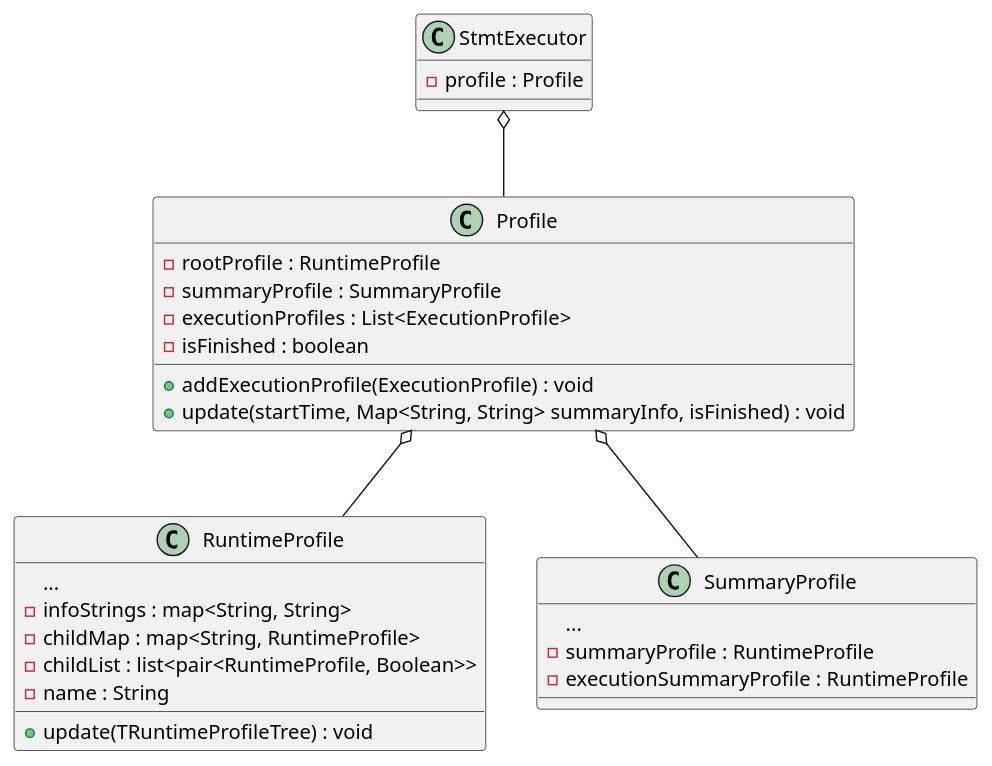
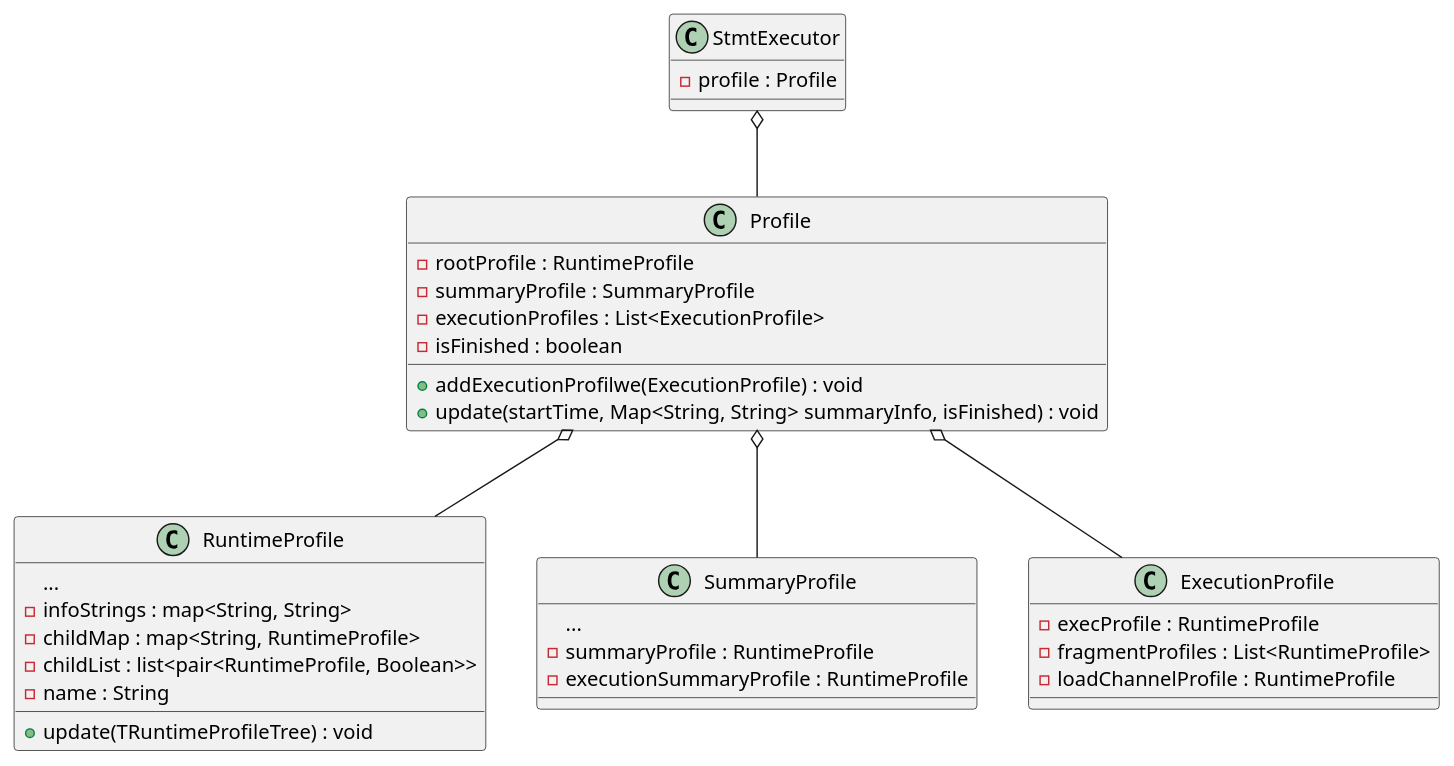
One commit to zhiqiang-hhhh/zhiqiang-hhhh.github.io changed the first of 2 diagrams in pre_post/Doris/profile.md. Above: the diagram before and after it, drawn with PlantUML. The commit also changed other lines of this file and 4 other files, not shown here.

````diff
--- a/pre_post/Doris/profile.md
+++ b/pre_post/Doris/profile.md
@@ -12,34 +18,41 @@
 ```plantuml
 class StmtExecutor {
     - profile : Profile
 }
 StmtExecutor o-- Profile
 
 class Profile {
     - rootProfile : RuntimeProfile
     - summaryProfile : SummaryProfile
     - executionProfiles : List<ExecutionProfile>
     - isFinished : boolean
-    + addExecutionProfile(ExecutionProfile) : void
+    + addExecutionProfilwe(ExecutionProfile) : void
     + update(startTime, Map<String, String> summaryInfo, isFinished) : void
 }
 
 Profile o-- RuntimeProfile
 Profile o-- SummaryProfile
+Profile o-- ExecutionProfile
 
 class RuntimeProfile {
     ...
     - infoStrings : map<String, String>
     - childMap : map<String, RuntimeProfile>
     - childList : list<pair<RuntimeProfile, Boolean>>
     - name : String
     + update(TRuntimeProfileTree) : void
 }
 
 class SummaryProfile {
     ...
     - summaryProfile : RuntimeProfile
     - executionSummaryProfile : RuntimeProfile
 }
 
+class ExecutionProfile {
+    - execProfile : RuntimeProfile
+    - fragmentProfiles : List<RuntimeProfile>
+    - loadChannelProfile : RuntimeProfile
+}
+
 ```
````
